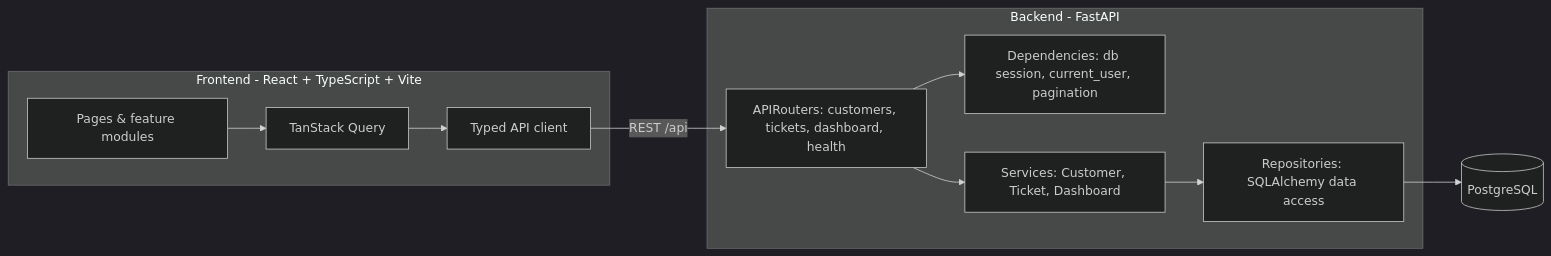
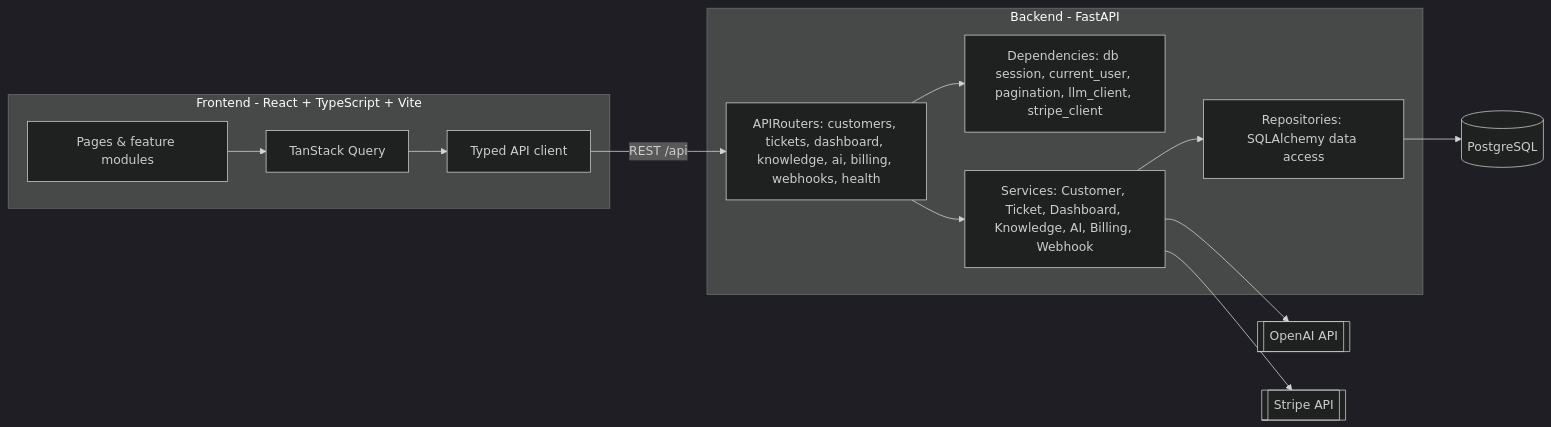
One commit to eliasbiagioni/ai-support-and-billing-operations-hub changed the diagram in README.md. Above: the diagram before and after it, drawn with Mermaid (dark theme). The commit also changed other lines of this file and 72 other files, not shown here.

````diff
--- a/README.md
+++ b/README.md
@@ -16,23 +28,27 @@
 ```mermaid
 flowchart LR
   subgraph frontend [Frontend - React + TypeScript + Vite]
     UI[Pages & feature modules]
     RQ[TanStack Query]
     API[Typed API client]
     UI --> RQ --> API
   end
 
   subgraph backend [Backend - FastAPI]
-    Routers[APIRouters: customers, tickets, dashboard, health]
-    Deps[Dependencies: db session, current_user, pagination]
-    Services[Services: Customer, Ticket, Dashboard]
+    Routers[APIRouters: customers, tickets, dashboard, knowledge, ai, billing, webhooks, health]
+    Deps[Dependencies: db session, current_user, pagination, llm_client, stripe_client]
+    Services[Services: Customer, Ticket, Dashboard, Knowledge, AI, Billing, Webhook]
     Repos[Repositories: SQLAlchemy data access]
     Routers --> Deps
     Routers --> Services --> Repos
   end
 
   DB[(PostgreSQL)]
+  OpenAI[[OpenAI API]]
+  Stripe[[Stripe API]]
 
   API -->|"REST /api"| Routers
   Repos --> DB
+  Services --> OpenAI
+  Services --> Stripe
 ```
````
